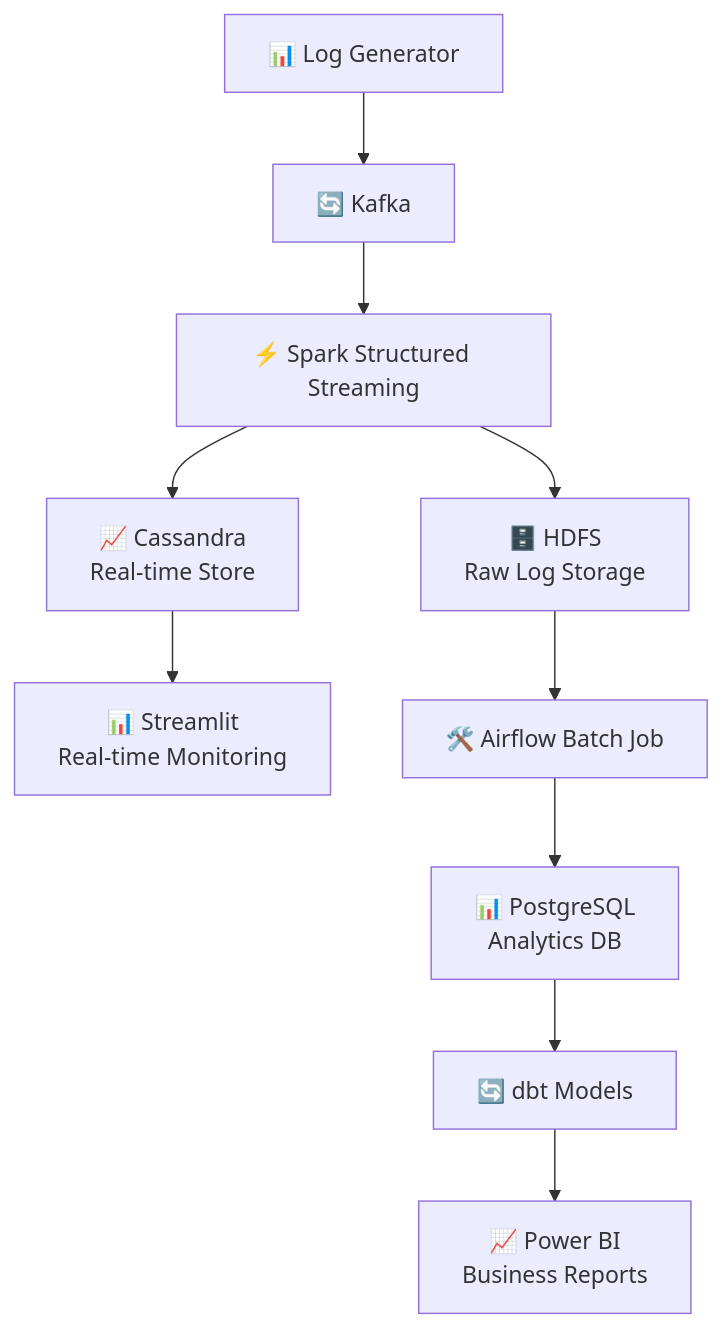
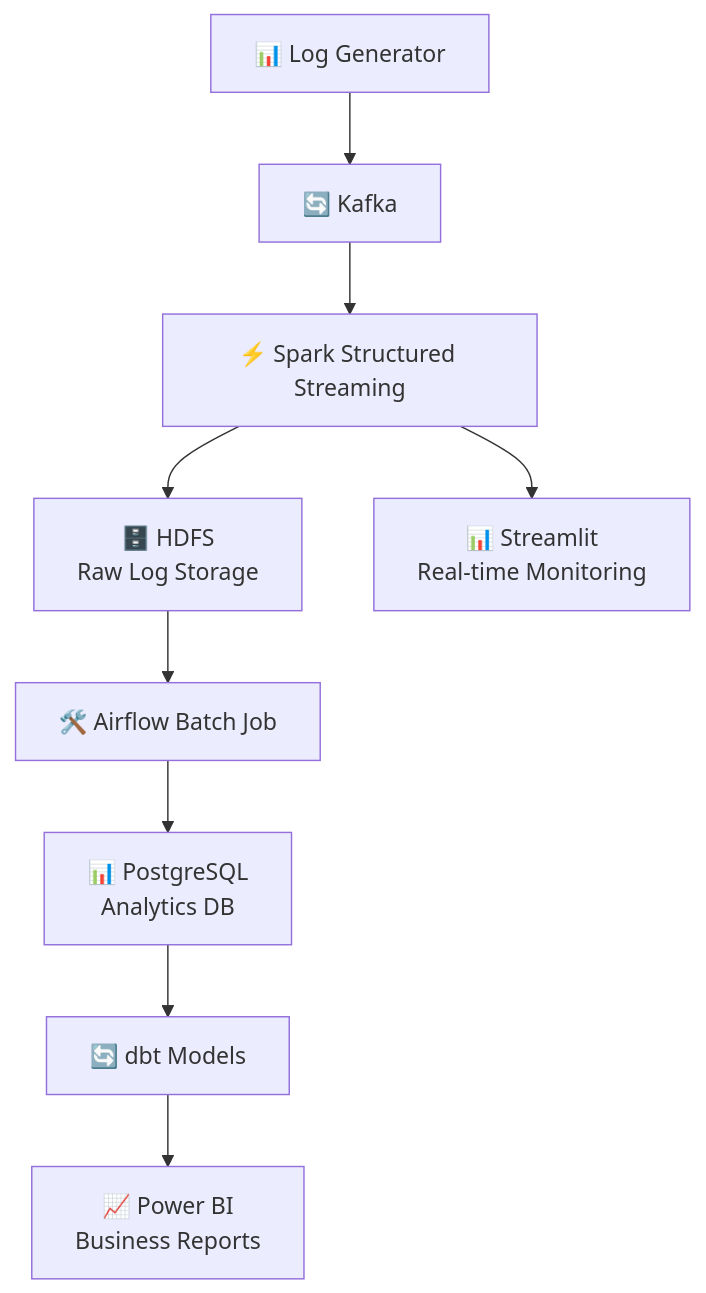
The first of 3 diagrams in README.md (MAHMOUDMAMDOH8/end-to-end-log-processing), drawn with Mermaid before and after one commit. The commit also changed other lines of this file, not shown here.

````diff
--- a/README.md
+++ b/README.md
@@ -20,12 +19,11 @@
 ```mermaid
 graph TD
     A[📊 Log Generator] --> B[🔄 Kafka]
     B --> C[⚡ Spark Structured Streaming]
-    C --> D[📈 Cassandra<br/>Real-time Store]
-    D --> E[📊 Streamlit<br/>Real-time Monitoring]
     C --> F[🗄️ HDFS<br/>Raw Log Storage]
     F --> G[🛠️ Airflow Batch Job]
     G --> H[📊 PostgreSQL<br/>Analytics DB]
     H --> I[🔄 dbt Models]
     I --> J[📈 Power BI<br/>Business Reports]
+    C --> E[📊 Streamlit<br/>Real-time Monitoring]
 ```
````
